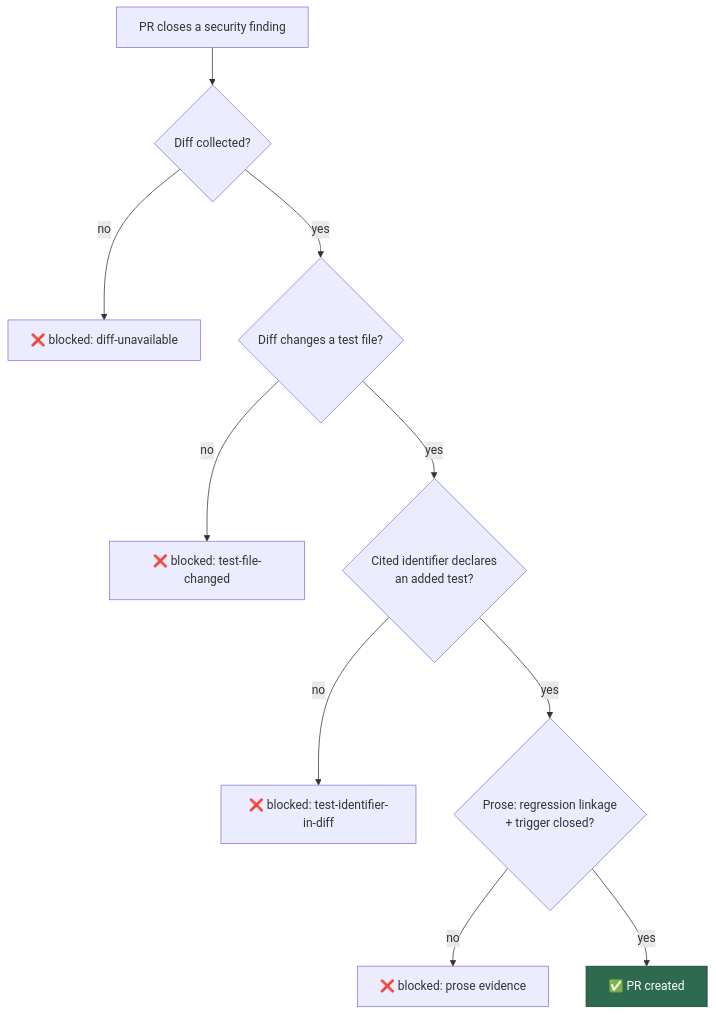
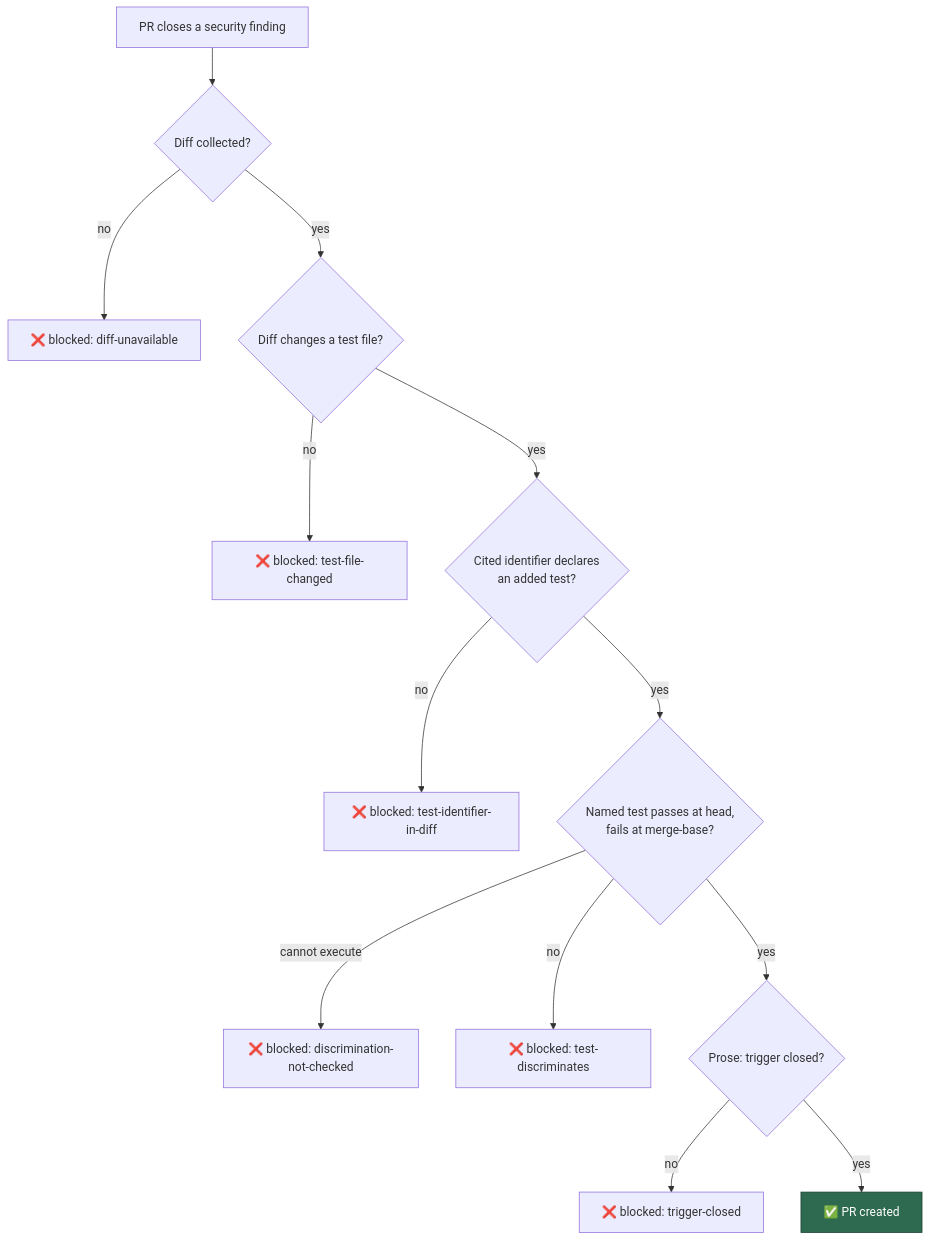
The second of 2 diagrams in docs/security/idle-task-scans-vs-anthropic-visa-harnesses-gap-analysis.md (stSoftwareAU/VibeCoder), drawn with Mermaid before and after one commit. The commit also changed other lines of this file and 16 other files, not shown here.

First line of the commit message:
Security-fix gate: execute the cited test red→green against base production files (#3659)

````diff
--- a/docs/security/idle-task-scans-vs-anthropic-visa-harnesses-gap-analysis.md
+++ b/docs/security/idle-task-scans-vs-anthropic-visa-harnesses-gap-analysis.md
@@ -185,13 +188,16 @@
 ```mermaid
 flowchart TD
     A["PR closes a security finding"] --> B{"Diff collected?"}
     B -- no --> X["❌ blocked: diff-unavailable"]
     B -- yes --> C{"Diff changes a test file?"}
     C -- no --> X2["❌ blocked: test-file-changed"]
     C -- yes --> D{"Cited identifier declares<br/>an added test?"}
     D -- no --> X3["❌ blocked: test-identifier-in-diff"]
-    D -- yes --> E{"Prose: regression linkage<br/>+ trigger closed?"}
-    E -- no --> X4["❌ blocked: prose evidence"]
+    D -- yes --> D2{"Named test passes at head,<br/>fails at merge-base?"}
+    D2 -- "cannot execute" --> X5["❌ blocked: discrimination-not-checked"]
+    D2 -- no --> X6["❌ blocked: test-discriminates"]
+    D2 -- yes --> E{"Prose: trigger closed?"}
+    E -- no --> X4["❌ blocked: trigger-closed"]
     E -- yes --> P["✅ PR created"]
     style P fill:#2d6a4f,stroke:#1b4332,color:#fff
 ```
````
